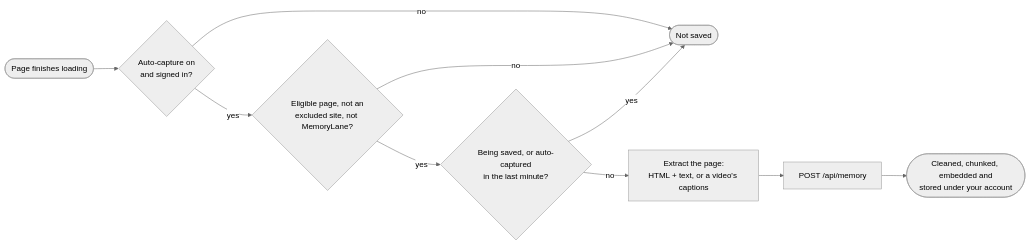
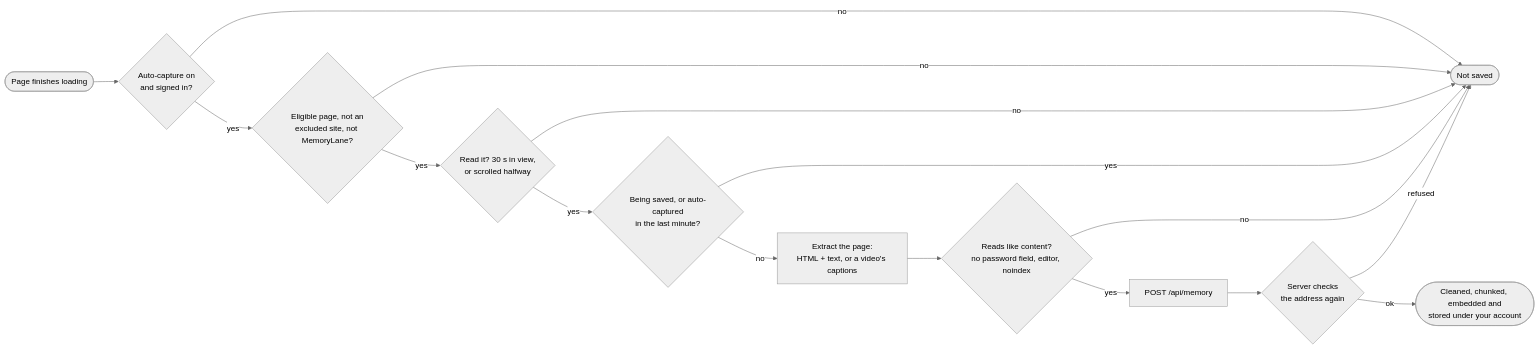
The diagram in docs/user-guide/automatic-capture.md (rabeeh18/ucs503p-202627-MemoryLane), drawn with Mermaid (neutral theme) before and after one commit. The commit also changed other lines of this file and 19 other files, not shown here.

First line of the commit message:
Auto-capture: keep only pages that were read and look like content

````diff
--- a/docs/user-guide/automatic-capture.md
+++ b/docs/user-guide/automatic-capture.md
@@ -22,12 +28,18 @@
 ```mermaid
 flowchart LR
     load([Page finishes loading]) --> on{Auto-capture on<br/>and signed in?}
     on -- no --> skip([Not saved])
     on -- yes --> ok{Eligible page, not an<br/>excluded site, not MemoryLane?}
     ok -- no --> skip
-    ok -- yes --> recent{Being saved, or auto-captured<br/>in the last minute?}
+    ok -- yes --> read{Read it? 30 s in view,<br/>or scrolled halfway}
+    read -- no --> skip
+    read -- yes --> recent{Being saved, or auto-captured<br/>in the last minute?}
     recent -- yes --> skip
     recent -- no --> extract[Extract the page:<br/>HTML + text, or a video's captions]
-    extract --> post[POST /api/memory]
-    post --> stored([Cleaned, chunked, embedded and<br/>stored under your account])
+    extract --> content{Reads like content?<br/>no password field, editor, noindex}
+    content -- no --> skip
+    content -- yes --> post[POST /api/memory]
+    post --> server{Server checks<br/>the address again}
+    server -- refused --> skip
+    server -- ok --> stored([Cleaned, chunked, embedded and<br/>stored under your account])
 ```
````
